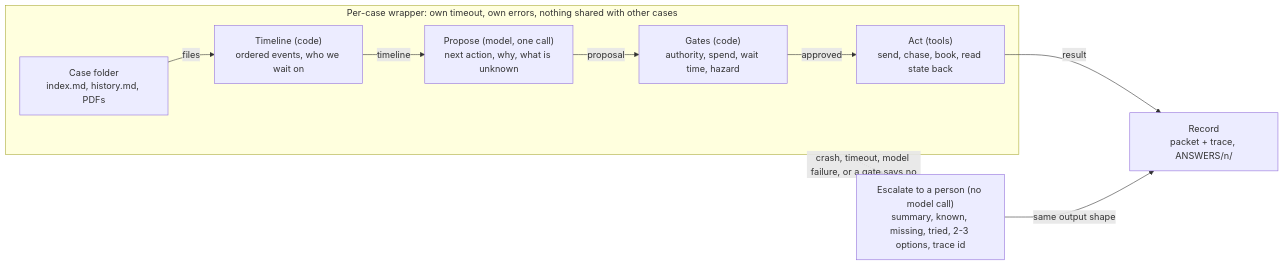
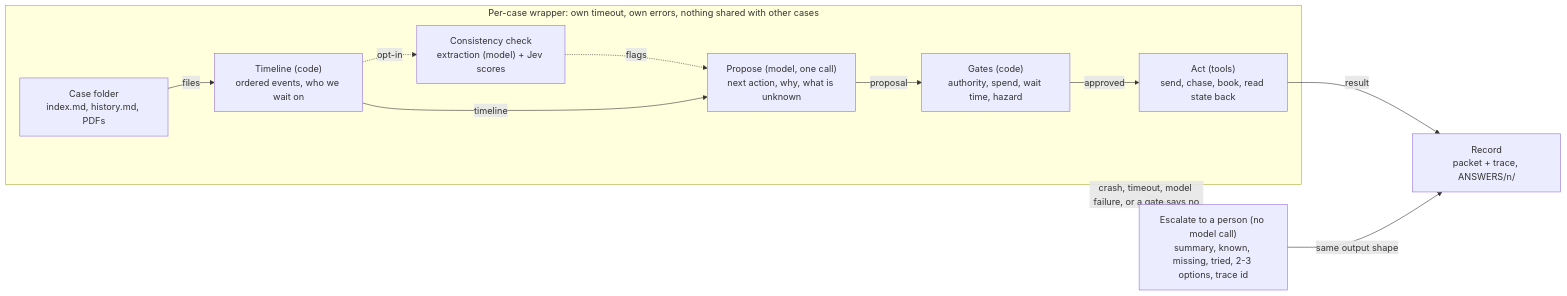
Before and after one commit to kulakovvad/lettable: the diagram in docs/design.md, drawn with Mermaid. The commit also changed other lines of this file and 3 other files, not shown here.

Commit message:
Document the consistency check, the tool_choice fix and the first replay findings

````diff
--- a/docs/design.md
+++ b/docs/design.md
@@ -11,12 +11,14 @@
 ```mermaid
 flowchart LR
   subgraph W["Per-case wrapper: own timeout, own errors, nothing shared with other cases"]
     A["Case folder<br/>index.md, history.md, PDFs"] -->|files| B["Timeline (code)<br/>ordered events, who we wait on"]
+    B -.->|"opt-in"| K["Consistency check<br/>extraction (model) + Jev scores"]
+    K -.->|"flags"| C
     B -->|timeline| C["Propose (model, one call)<br/>next action, why, what is unknown"]
     C -->|proposal| D["Gates (code)<br/>authority, spend, wait time, hazard"]
     D -->|approved| E["Act (tools)<br/>send, chase, book, read state back"]
   end
   E -->|result| F["Record<br/>packet + trace, ANSWERS/n/"]
   W -. "crash, timeout, model failure, or a gate says no" .-> G["Escalate to a person (no model call)<br/>summary, known, missing, tried, 2-3 options, trace id"]
   G -->|same output shape| F
 ```
````
